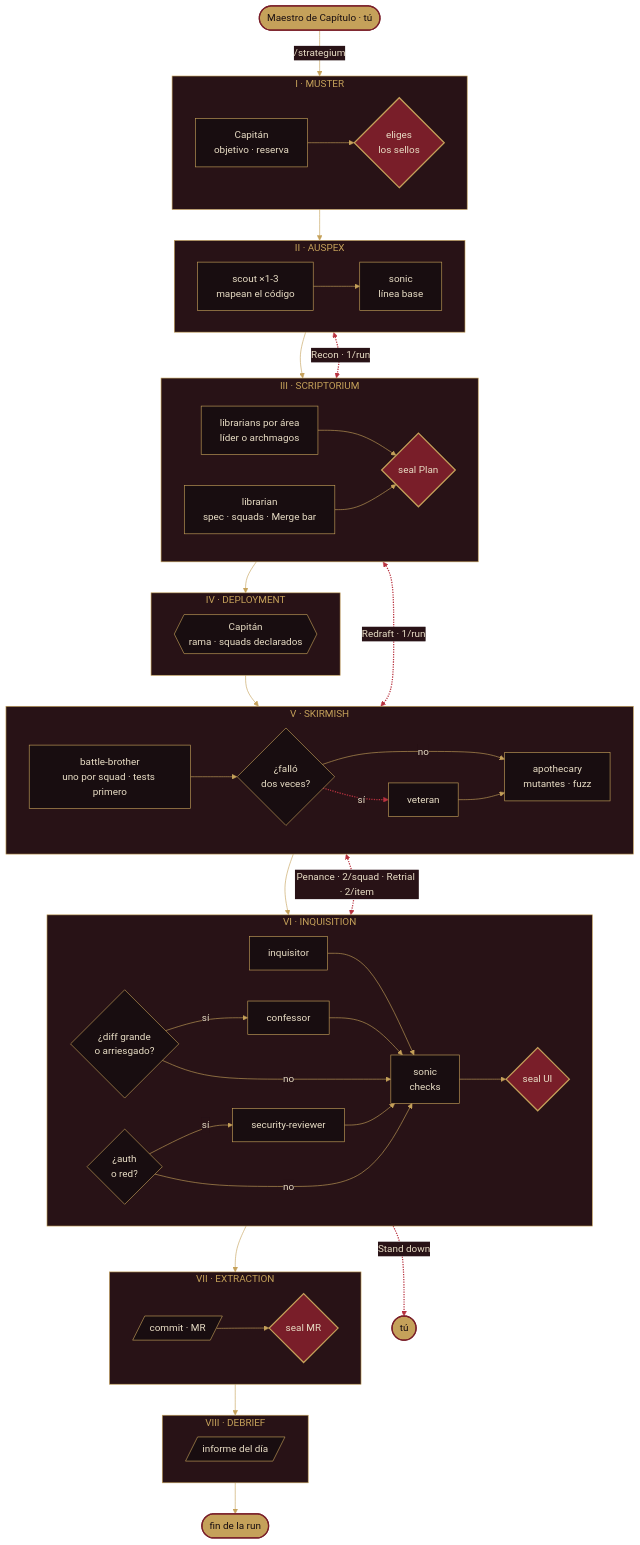
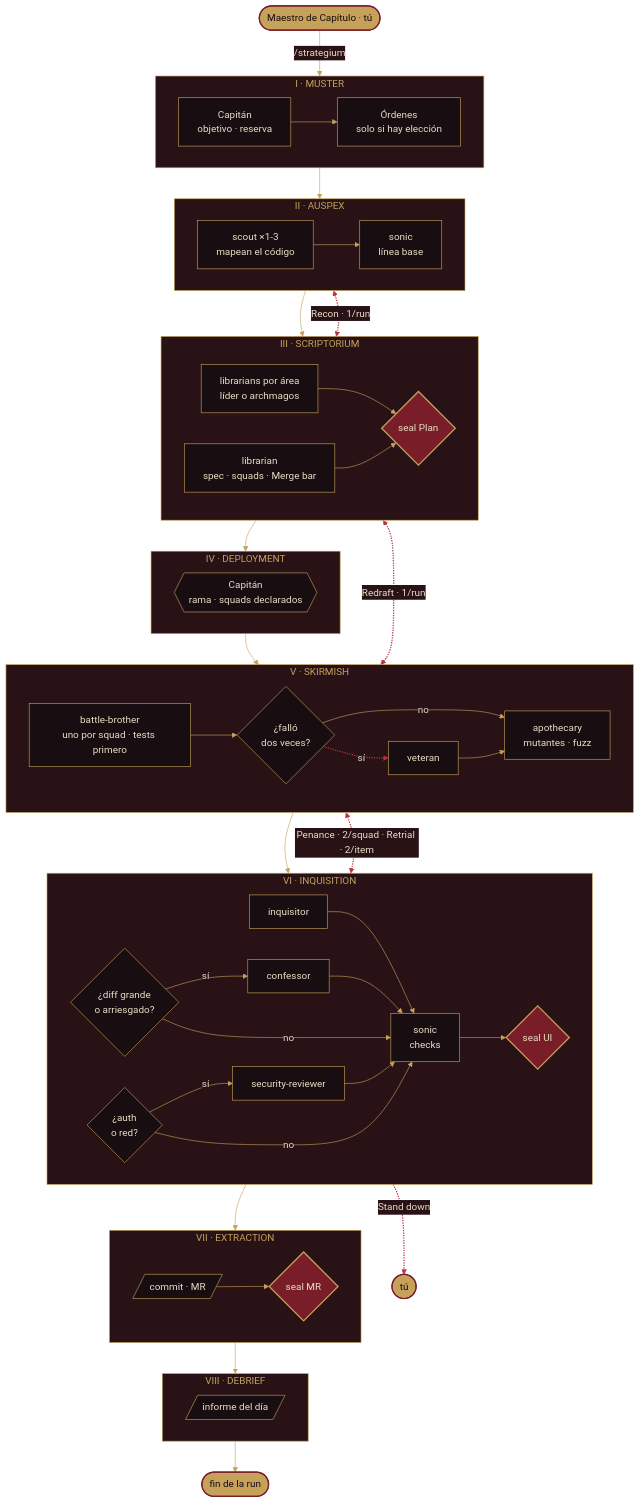
The diagram in README.es.md (frandev94/strategium), drawn with Mermaid before and after one commit. The commit also changed other lines of this file and 5 other files, not shown here.

````diff
--- a/README.es.md
+++ b/README.es.md
@@ -46,66 +46,66 @@
 ```mermaid
 %%{init: {"theme": "base", "themeVariables": {"lineColor": "#C5A15A", "edgeLabelBackground": "#281216", "textColor": "#E8DDC5", "fontFamily": "Georgia, serif"}}}%%
 flowchart TB
   U(["Maestro de Capítulo · tú"]) -->|"/strategium"| muster
 
   subgraph muster["I · MUSTER"]
     direction LR
-    M["Capitán<br/>objetivo · reserva"] --> S0{"eliges<br/>los sellos"}
+    M["Capitán<br/>objetivo · reserva"] --> S0["Órdenes<br/>solo si hay elección"]
   end
   subgraph auspex["II · AUSPEX"]
     direction LR
     A1["scout ×1-3<br/>mapean el código"] --> A2["sonic<br/>línea base"]
   end
   subgraph scriptorium["III · SCRIPTORIUM"]
     direction LR
     L2["librarians por área<br/>líder o archmagos"] --> SP{"seal Plan"}
     L1["librarian<br/>spec · squads · Merge bar"] --> SP
   end
   subgraph deployment["IV · DEPLOYMENT"]
     direction LR
     D{{"Capitán<br/>rama · squads declarados"}}
   end
   subgraph skirmish["V · SKIRMISH"]
     direction LR
     B1["battle-brother<br/>uno por squad · tests primero"] --> BF{"¿falló<br/>dos veces?"}
     BF -->|"no"| B3["apothecary<br/>mutantes · fuzz"]
     BF -.->|"sí"| B2["veteran"] --> B3
   end
   subgraph inquisition["VI · INQUISITION"]
     direction LR
     Q1["inquisitor"] --> Q4["sonic<br/>checks"]
     QF{"¿diff grande<br/>o arriesgado?"} -->|"sí"| Q2["confessor"] --> Q4
     QF -->|"no"| Q4
     QS{"¿auth<br/>o red?"} -->|"sí"| Q3["security-reviewer"] --> Q4
     QS -->|"no"| Q4
     Q4 --> SU{"seal UI"}
   end
   subgraph extraction["VII · EXTRACTION"]
     direction LR
     X[/"commit · MR"/] --> SM{"seal MR"}
   end
   subgraph debrief["VIII · DEBRIEF"]
     direction LR
     F[/"informe del día"/]
   end
 
   muster --> auspex --> scriptorium --> deployment --> skirmish --> inquisition --> extraction --> debrief --> E(["fin de la run"])
 
   auspex <-.->|"Recon · 1/run"| scriptorium
   scriptorium <-.->|"Redraft · 1/run"| skirmish
   skirmish <-.->|"Penance · 2/squad · Retrial · 2/item"| inquisition
   inquisition -.->|"Stand down"| Y(["tú"])
 
   classDef agent fill:#180D10,stroke:#C5A15A,color:#E8DDC5
   classDef seal fill:#791E29,stroke:#C5A15A,stroke-width:2px,color:#E8DDC5
   classDef you fill:#C5A15A,stroke:#791E29,stroke-width:2px,color:#180D10
   classDef station fill:#281216,stroke:#C5A15A,color:#C5A15A
-  class M,A1,A2,L1,L2,D,B1,B2,B3,Q1,Q2,Q3,Q4,X,F agent
-  class S0,SP,SU,SM seal
+  class M,S0,A1,A2,L1,L2,D,B1,B2,B3,Q1,Q2,Q3,Q4,X,F agent
+  class SP,SU,SM seal
   class BF,QF,QS agent
   class U,E,Y you
   class muster,auspex,scriptorium,deployment,skirmish,inquisition,extraction,debrief station
   linkStyle 0 stroke:#C5A15A,color:#E8DDC5
   linkStyle 6,10,12,13,15 color:#E8DDC5
   linkStyle 7,26,27,28,29 stroke:#B8323F,stroke-width:2px,color:#E8DDC5
 ```
````
